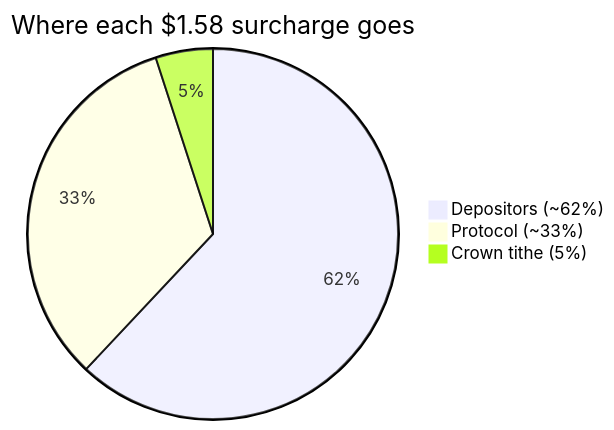
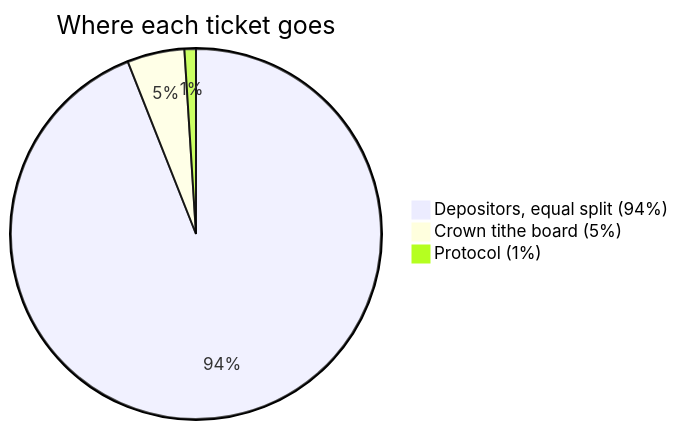
Before and after one commit to gabox-labs/docs: the first of 2 diagrams in fees.mdx, drawn with Mermaid. The commit also changed other lines of this file and 14 other files, not shown here.

````diff
--- a/fees.mdx
+++ b/fees.mdx
@@ -21,6 +20,6 @@
 ```mermaid
-pie title Where each $1.58 surcharge goes
-    "Depositors (~62%)" : 62
-    "Protocol (~33%)" : 33
-    "Crown tithe (5%)" : 5
+pie title Where each ticket goes
+    "Depositors, equal split (94%)" : 94
+    "Crown tithe board (5%)" : 5
+    "Protocol (1%)" : 1
 ```
````
